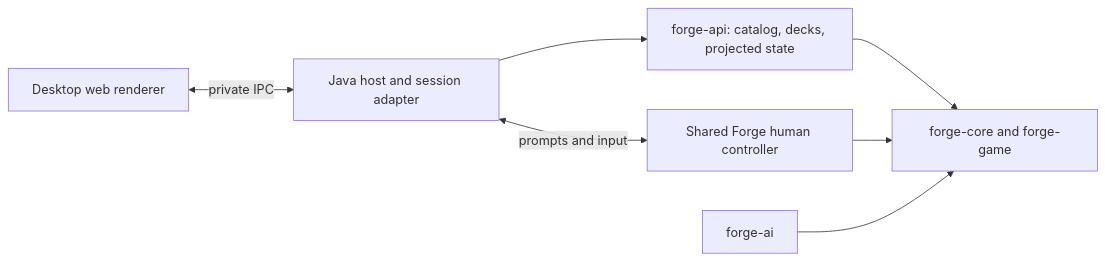
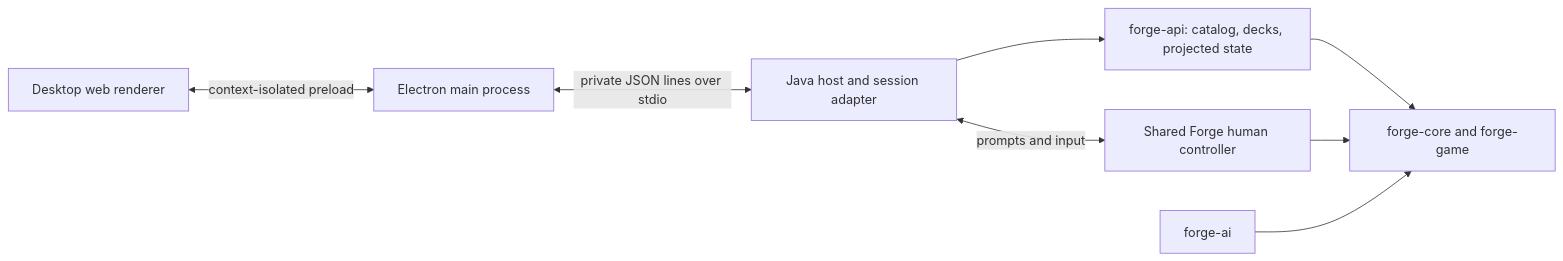
One commit to Card-Forge/forge changed the diagram in forge-api/README.md. Above: the diagram before and after it, drawn with Mermaid. The commit also changed other lines of this file and 45 other files, not shown here.

````diff
--- a/forge-api/README.md
+++ b/forge-api/README.md
@@ -108,9 +141,10 @@
 ```mermaid
 flowchart LR
-    UI[Desktop web renderer] <-->|private IPC| Host[Java host and session adapter]
+    UI[Desktop web renderer] <-->|context-isolated preload| Desktop[Electron main process]
+    Desktop <-->|private JSON lines over stdio| Host[Java host and session adapter]
     Host --> API[forge-api: catalog, decks, projected state]
     Host <-->|prompts and input| GUI[Shared Forge human controller]
     API --> Engine[forge-core and forge-game]
     GUI --> Engine
     AI[forge-ai] --> Engine
 ```
````
